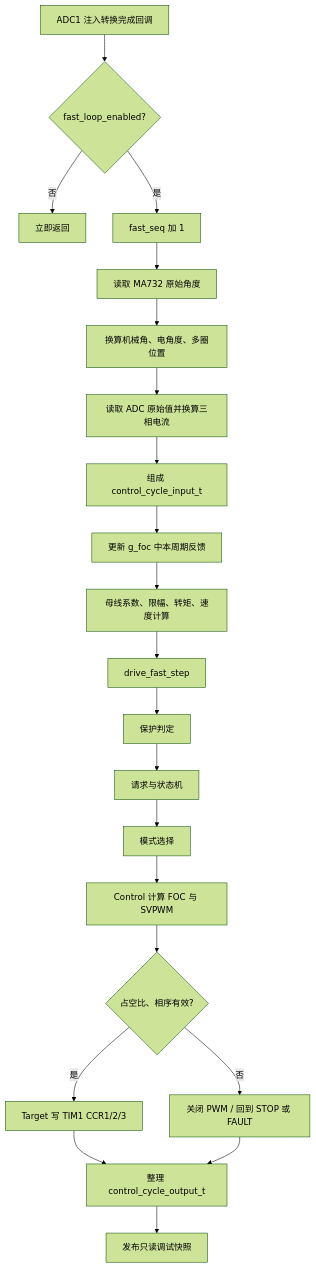
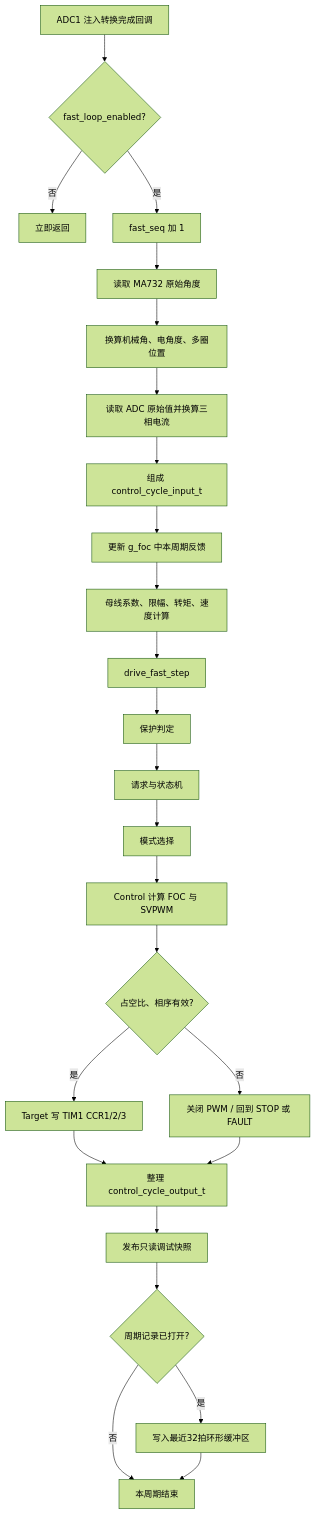
One commit to HHHyuan111/AxDr_L changed the third of 8 diagrams in 文档/架构重构/08_完整代码框架状态机与算法详解.md. Above: the diagram before and after it, drawn with Mermaid (forest theme). The commit also changed other lines of this file and 46 other files, not shown here.

````diff
--- a/文档/架构重构/08_完整代码框架状态机与算法详解.md
+++ b/文档/架构重构/08_完整代码框架状态机与算法详解.md
@@ -230,23 +231,27 @@
 ```mermaid
 flowchart TD
     IRQ[ADC1 注入转换完成回调] --> ENABLE{fast_loop_enabled?}
     ENABLE -- 否 --> RET[立即返回]
     ENABLE -- 是 --> SEQ[fast_seq 加 1]
     SEQ --> ENC[读取 MA732 原始角度]
     ENC --> POS[换算机械角、电角度、多圈位置]
     POS --> ADC[读取 ADC 原始值并换算三相电流]
     ADC --> INPUT[组成 control_cycle_input_t]
     INPUT --> FB[更新 g_foc 中本周期反馈]
     FB --> CALC_FB[母线系数、限幅、转矩、速度计算]
     CALC_FB --> DRIVE[drive_fast_step]
     DRIVE --> PROTECT[保护判定]
     PROTECT --> STATE[请求与状态机]
     STATE --> MODE[模式选择]
     MODE --> CTRL[Control 计算 FOC 与 SVPWM]
     CTRL --> VALID{占空比、相序有效?}
     VALID -- 是 --> PWM[Target 写 TIM1 CCR1/2/3]
     VALID -- 否 --> OFF[关闭 PWM / 回到 STOP 或 FAULT]
     PWM --> OUTPUT[整理 control_cycle_output_t]
     OFF --> OUTPUT
     OUTPUT --> SNAP[发布只读调试快照]
+    SNAP --> RECORD{周期记录已打开?}
+    RECORD -- 是 --> BUFFER[写入最近32拍环形缓冲区]
+    RECORD -- 否 --> END[本周期结束]
+    BUFFER --> END
 ```
````
